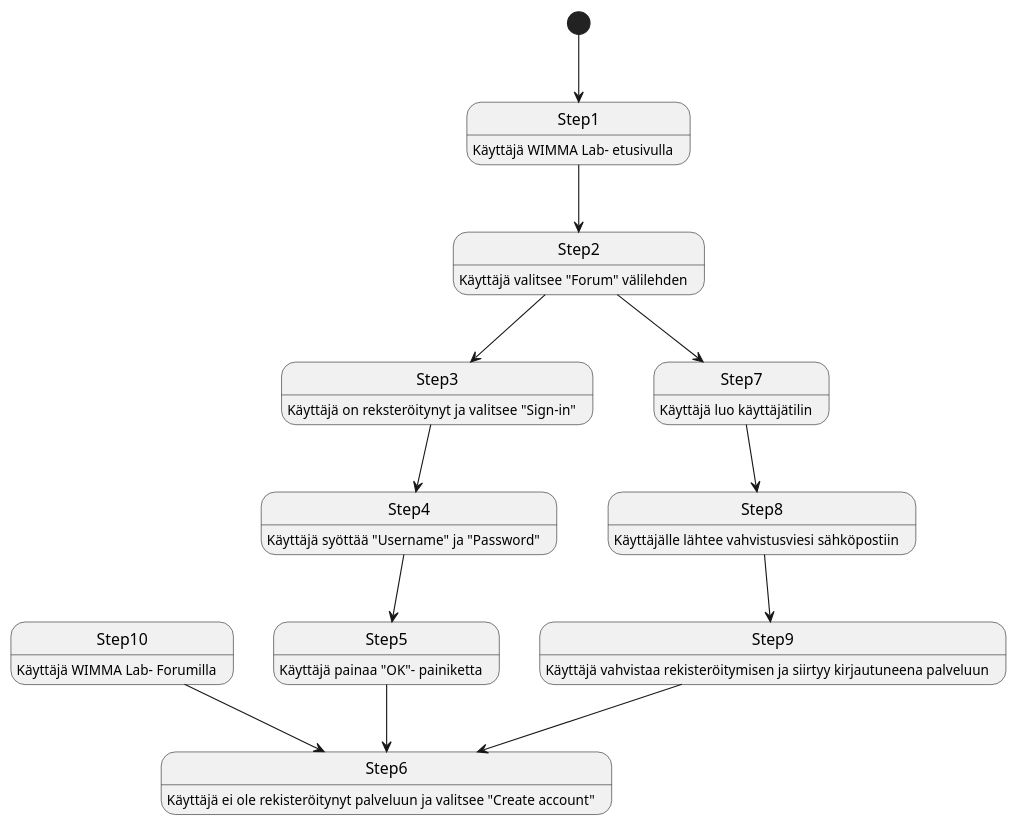
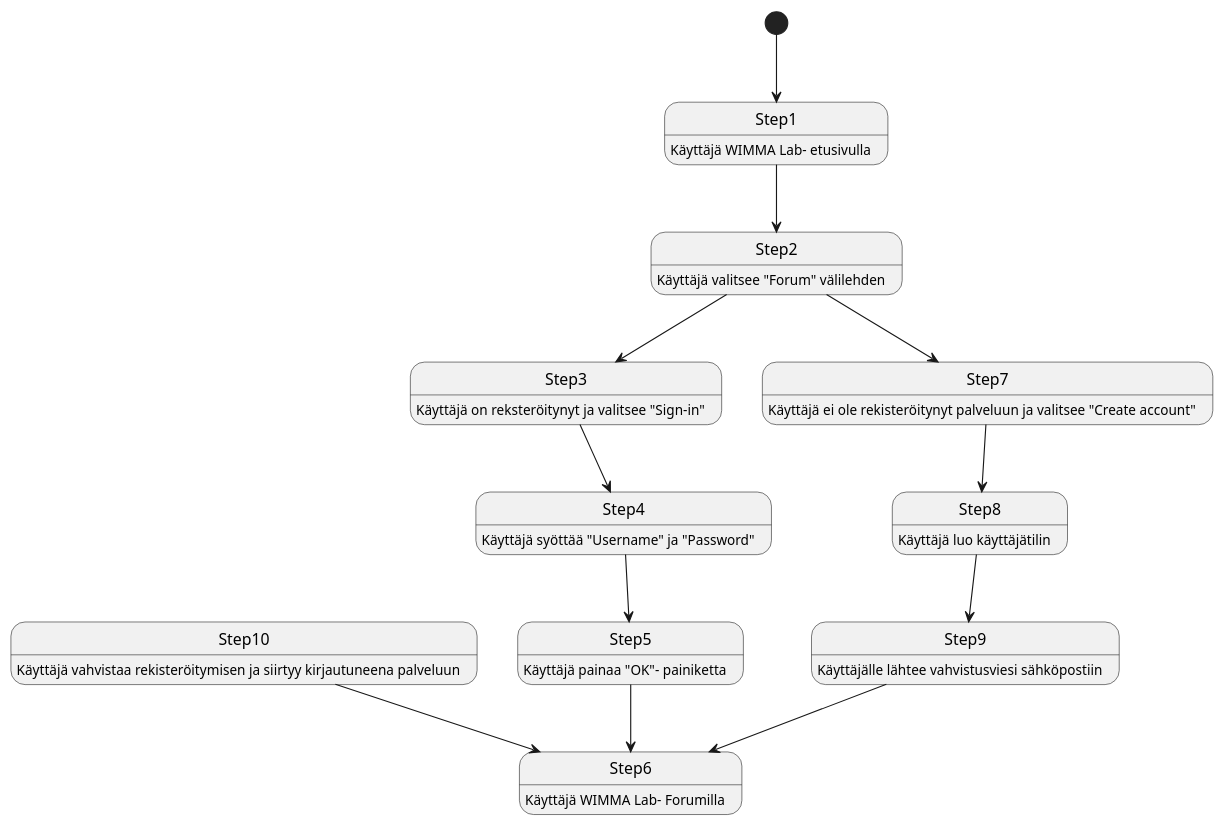
The third of 7 diagrams in dokumentit/20-Vaatimustenhallinta/vaatimusmaaritely-tiivis.md (ninaleo/S2021-AB5160-core), drawn with PlantUML before and after one commit.

````diff
--- a/dokumentit/20-Vaatimustenhallinta/vaatimusmaaritely-tiivis.md
+++ b/dokumentit/20-Vaatimustenhallinta/vaatimusmaaritely-tiivis.md
@@ -117,25 +117,25 @@
 ```plantuml
 Step1: Käyttäjä WIMMA Lab- etusivulla 
 Step2: Käyttäjä valitsee "Forum" välilehden  
 Step3: Käyttäjä on reksteröitynyt ja valitsee "Sign-in" 
 Step4: Käyttäjä syöttää "Username" ja "Password"
 Step5: Käyttäjä painaa "OK"- painiketta
-Step6: Käyttäjä ei ole rekisteröitynyt palveluun ja valitsee "Create account"
-Step7: Käyttäjä luo käyttäjätilin
-Step8: Käyttäjälle lähtee vahvistusviesi sähköpostiin
-Step9: Käyttäjä vahvistaa rekisteröitymisen ja siirtyy kirjautuneena palveluun
-Step10: Käyttäjä WIMMA Lab- Forumilla
+Step6: Käyttäjä WIMMA Lab- Forumilla
+Step7: Käyttäjä ei ole rekisteröitynyt palveluun ja valitsee "Create account"
+Step8: Käyttäjä luo käyttäjätilin
+Step9: Käyttäjälle lähtee vahvistusviesi sähköpostiin
+Step10: Käyttäjä vahvistaa rekisteröitymisen ja siirtyy kirjautuneena palveluun
 
 
 [*] --> Step1
 Step1 --> Step2
 Step2 --> Step3
 Step2 --> Step7
 Step3 --> Step4
 Step7 --> Step8
 Step4 --> Step5
 Step8 --> Step9
 Step5 --> Step6 
 Step9 --> Step6
 Step10 --> Step6
 ```
````
